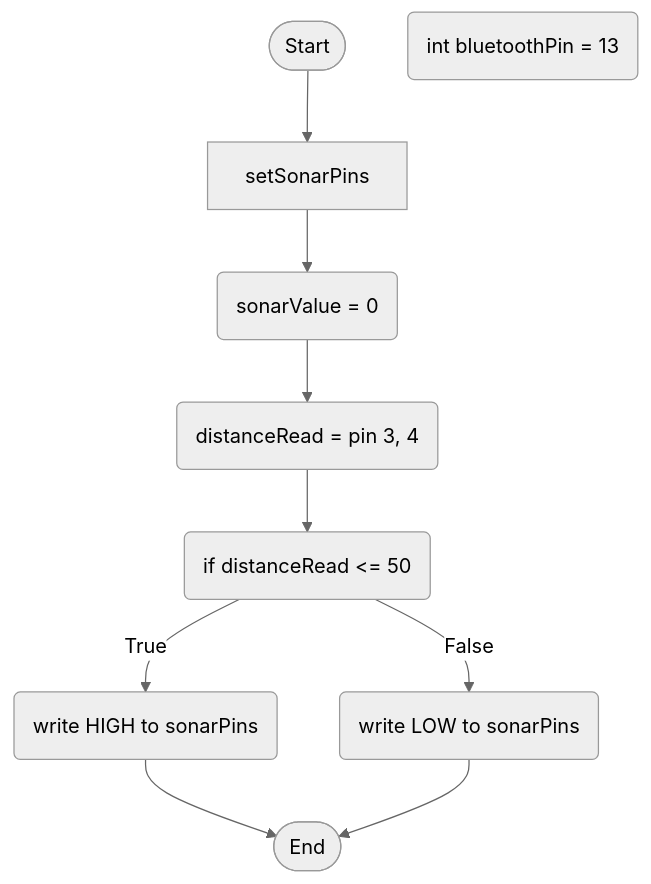
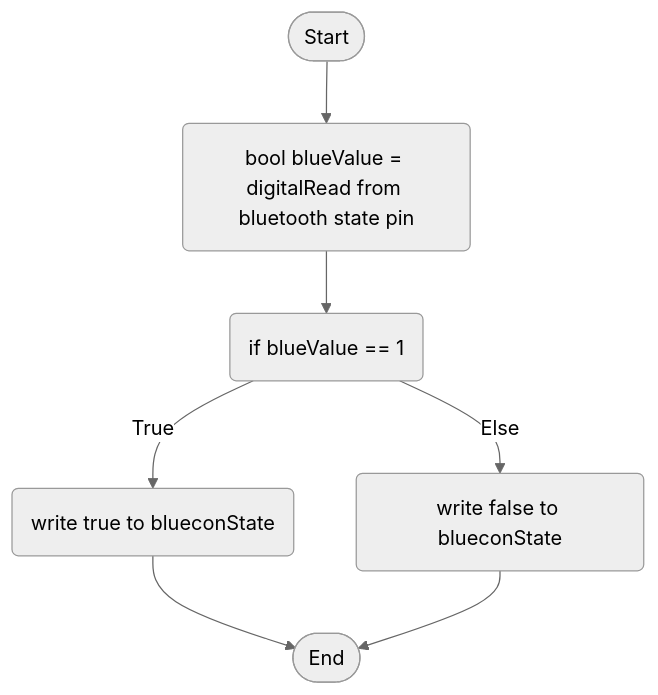
One commit to 4060269/SmartWorkstationAssessment3 changed the diagram in Flowcharts/bluetoothLogic.md. Above: the diagram before and after it, drawn with Mermaid (neutral theme). The commit also changed other lines of this file, not shown here.

````diff
--- a/Flowcharts/bluetoothLogic.md
+++ b/Flowcharts/bluetoothLogic.md
@@ -4,20 +5,16 @@
 ```mermaid
 flowchart TD
 terminalStart([Start])
 terminalEnd([End])
-setbluetoothPin(int bluetoothPin = 13)
-createSonarValue(sonarValue = 0)
-currentValue(distanceRead = pin 3, 4)
-activateSonar0(if distanceRead <= 50)
-activateSonar1(write HIGH to sonarPins)
-activateSonar2(write LOW to sonarPins)
+setValue(bool blueValue = digitalRead from bluetooth state pin)
+activateBluetooth0(if blueValue == 1)
+activateBluetooth1(write true to blueconState)
+activateBluetooth2(write false to blueconState)
 
-terminalStart --> setSonarPins
-setSonarPins --> createSonarValue
-createSonarValue --> currentValue
-currentValue --> activateSonar0
-activateSonar0 --> |True| activateSonar1
-activateSonar0 --> |False| activateSonar2
-activateSonar1 --> terminalEnd
-activateSonar2 --> terminalEnd
+terminalStart --> setValue
+setValue --> activateBluetooth0 
+activateBluetooth0 --> |True| activateBluetooth1
+activateBluetooth0 --> |Else| activateBluetooth2
+activateBluetooth1 --> terminalEnd
+activateBluetooth2 --> terminalEnd
 ```
````
